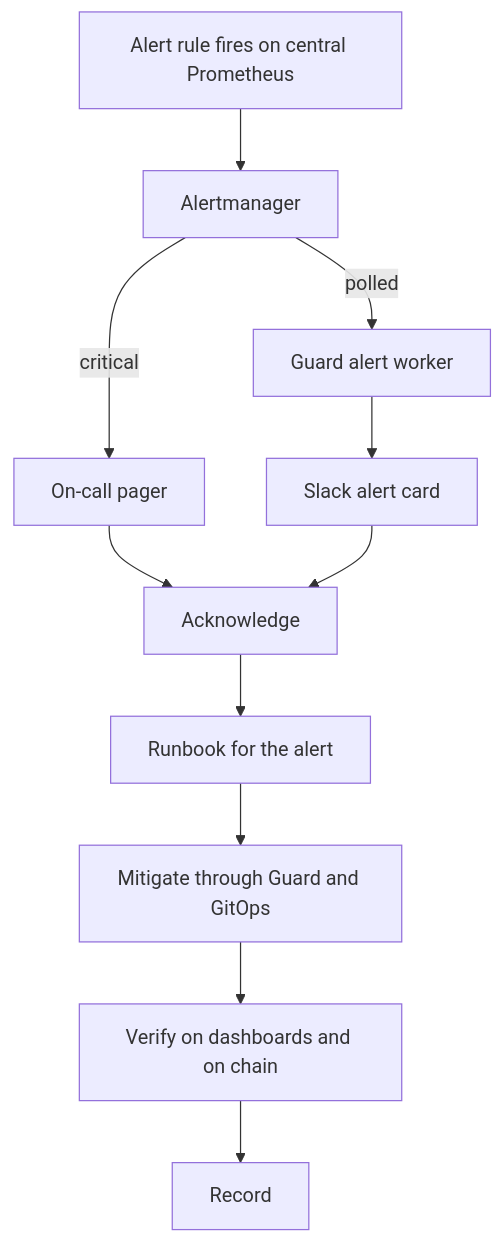
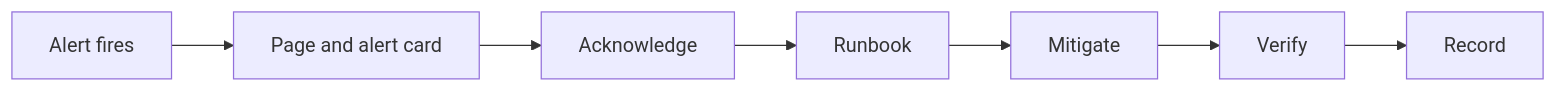
The diagram in website/docs/fp-validated-infra/incident-response.md (FP-Validated/fp-validated-docs), drawn with Mermaid before and after one commit. The commit also changed other lines of this file and 20 other files, not shown here.

````diff
--- a/website/docs/fp-validated-infra/incident-response.md
+++ b/website/docs/fp-validated-infra/incident-response.md
@@ -11,24 +11,17 @@
 ```mermaid
-flowchart TD
-  rule[Alert rule fires on central Prometheus]
-  am[Alertmanager]
-  pager[On-call pager]
-  guard[Guard alert worker]
-  card[Slack alert card]
+flowchart LR
+  alert[Alert fires]
+  notify[Page and alert card]
   ack[Acknowledge]
-  runbook[Runbook for the alert]
-  fix[Mitigate through Guard and GitOps]
-  verify[Verify on dashboards and on chain]
+  runbook[Runbook]
+  fix[Mitigate]
+  verify[Verify]
   record[Record]
 
-  rule --> am
-  am -- critical --> pager
-  am -- polled --> guard
-  guard --> card
-  pager --> ack
-  card --> ack
+  alert --> notify
+  notify --> ack
   ack --> runbook
   runbook --> fix
   fix --> verify
   verify --> record
 ```
````
